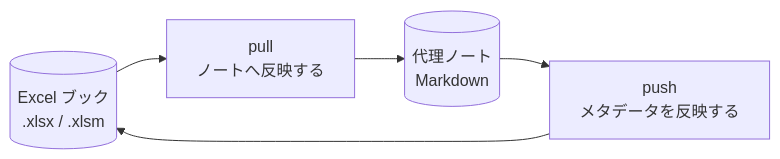
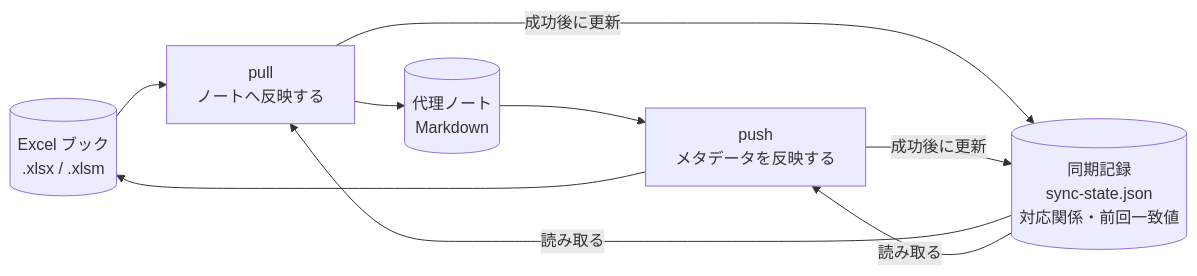
One commit to tuckn/tkn_excel_catalog_pipeline changed the first of 4 diagrams in README.md. Above: the diagram before and after it, drawn with Mermaid. The commit also changed other lines of this file and 9 other files, not shown here.

````diff
--- a/README.md
+++ b/README.md
@@ -16,12 +19,17 @@
 ```mermaid
 flowchart LR
     Book[("Excel ブック<br/>.xlsx / .xlsm")]
     Pull["pull<br/>ノートへ反映する"]
     Note[("代理ノート<br/>Markdown")]
     Push["push<br/>メタデータを反映する"]
+    State[("同期記録<br/>sync-state.json<br/>対応関係・前回一致値")]
 
     Book --> Pull
     Pull --> Note
     Note --> Push
     Push --> Book
+    State -->|読み取る| Pull
+    State -->|読み取る| Push
+    Pull -->|成功後に更新| State
+    Push -->|成功後に更新| State
 ```
````
